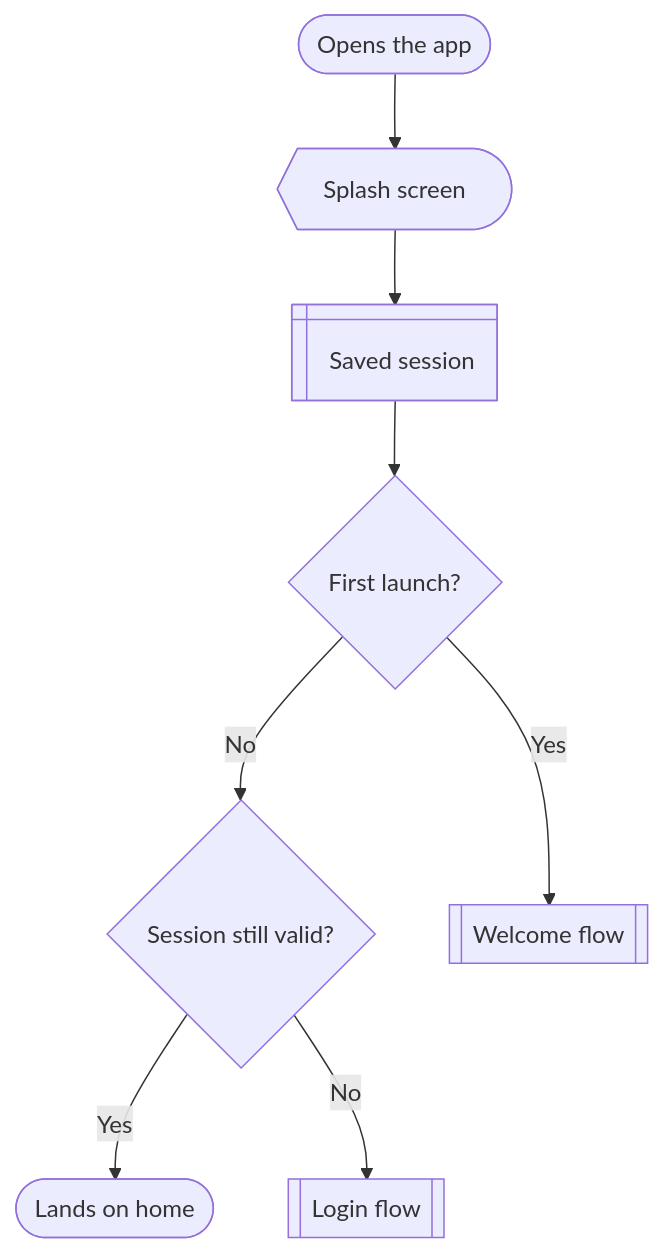
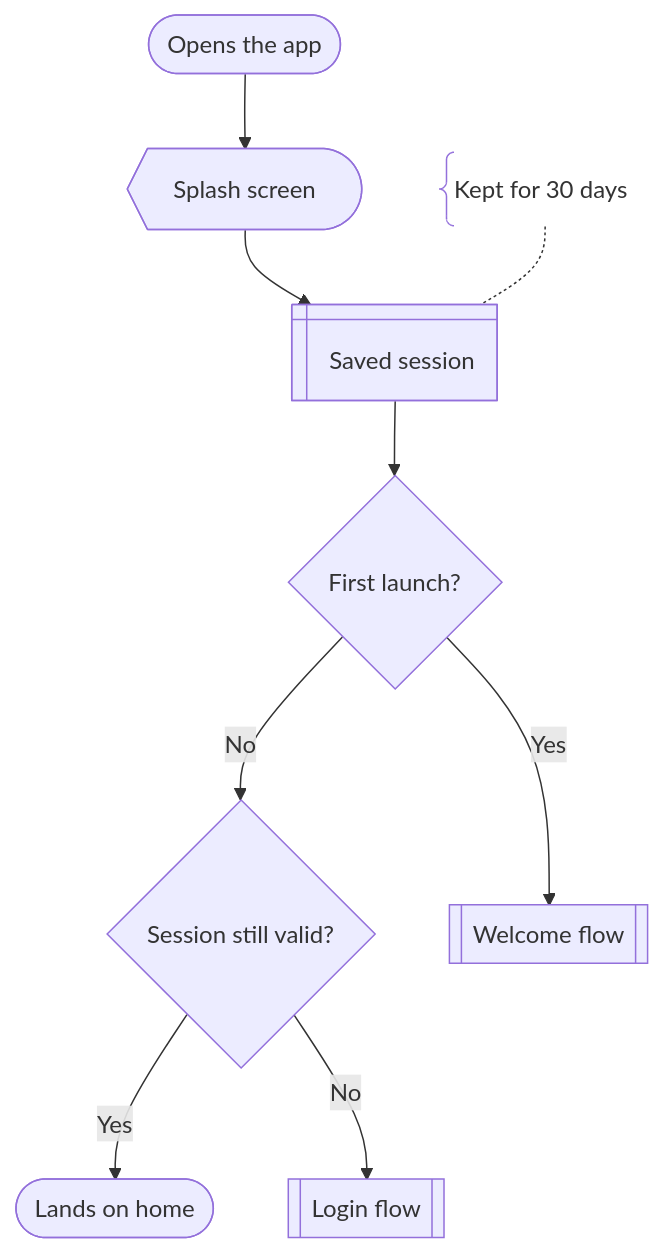
One commit to yoursharif/mermaid-userflow-diagram changed the second of 7 diagrams in references/flows.md. Above: the diagram before and after it, drawn with Mermaid. The commit also changed other lines of this file and 1 other file, not shown here.

First line of the commit message:
Add notes where flows hide a rule or limit

````diff
--- a/references/flows.md
+++ b/references/flows.md
@@ -60,19 +60,21 @@
 ```mermaid
 flowchart TD
   startLaunch@{ shape: stadium, label: "Opens the app" }
   scrSplash@{ shape: curv-trap, label: "Splash screen" }
   memSession@{ shape: win-pane, label: "Saved session" }
+  noteKept@{ shape: brace, label: "Kept for 30 days" }
   decFirst@{ shape: diam, label: "First launch?" }
   decSession@{ shape: diam, label: "Session still valid?" }
   subWelcome@{ shape: fr-rect, label: "Welcome flow" }
   subLogin@{ shape: fr-rect, label: "Login flow" }
   exitHome@{ shape: stadium, label: "Lands on home" }
 
   startLaunch --> scrSplash
   scrSplash --> memSession
   memSession --> decFirst
   decFirst -->|Yes| subWelcome
   decFirst -->|No| decSession
   decSession -->|Yes| exitHome
   decSession -->|No| subLogin
+  noteKept -.- memSession
 ```
````
